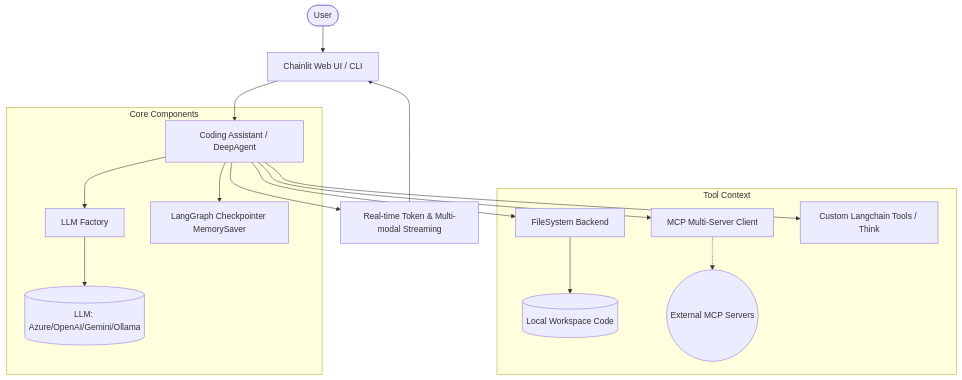
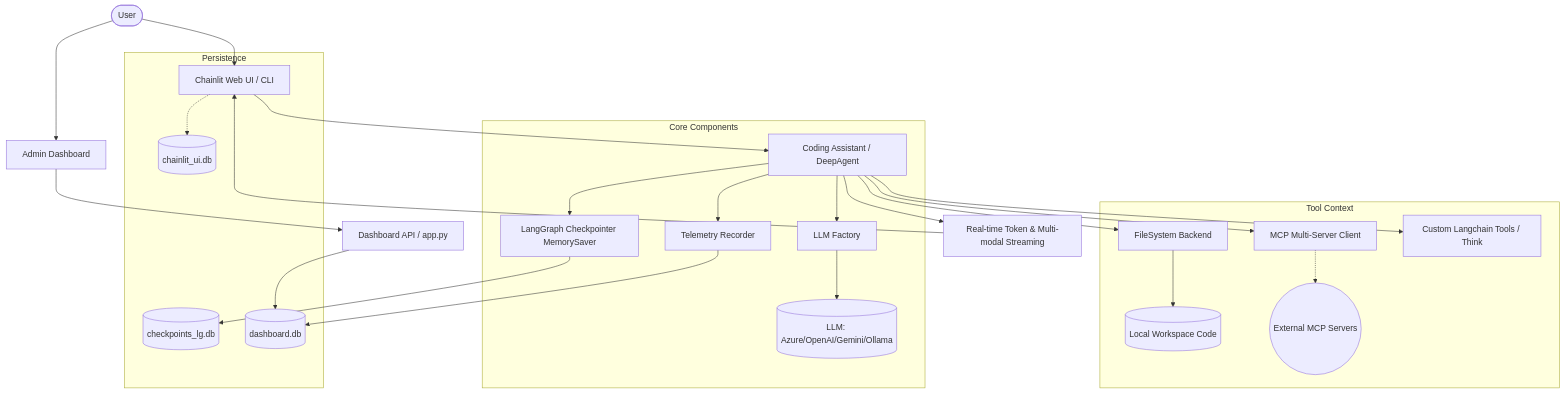
The diagram in architecture.md (Lancer59/ai-intern), drawn with Mermaid before and after one commit. The commit also changed other lines of this file and 3 other files, not shown here.

````diff
--- a/architecture.md
+++ b/architecture.md
@@ -16,24 +17,34 @@
 ```mermaid
 graph TD
     User([User]) --> UI[Chainlit Web UI / CLI]
+    User --> Dash[Admin Dashboard]
     UI --> Assistant[Coding Assistant / DeepAgent]
+    Dash --> DashAPI[Dashboard API / app.py]
     
     subgraph Core Components
         Assistant --> llm_factory[LLM Factory]
         llm_factory --> Model[(LLM: Azure/OpenAI/Gemini/Ollama)]
         Assistant --> memory_saver[LangGraph Checkpointer MemorySaver]
+        Assistant --> telemetry[Telemetry Recorder]
+    end
+
+    subgraph Persistence
+        memory_saver --> lg_db[(checkpoints_lg.db)]
+        telemetry --> dash_db[(dashboard.db)]
+        UI -.-> ui_db[(chainlit_ui.db)]
     end
 
     subgraph Tool Context
         Assistant --> fs_tools[FileSystem Backend]
         fs_tools --> local_files[(Local Workspace Code)]
         
         Assistant --> mcp[MCP Multi-Server Client]
         mcp -.-> mcp_servers((External MCP Servers))
         
         Assistant --> custom_tools[Custom Langchain Tools / Think]
     end
     
+    DashAPI --> dash_db
     Assistant --> UI_streaming[Real-time Token & Multi-modal Streaming]
     UI_streaming --> UI
 ```
````
